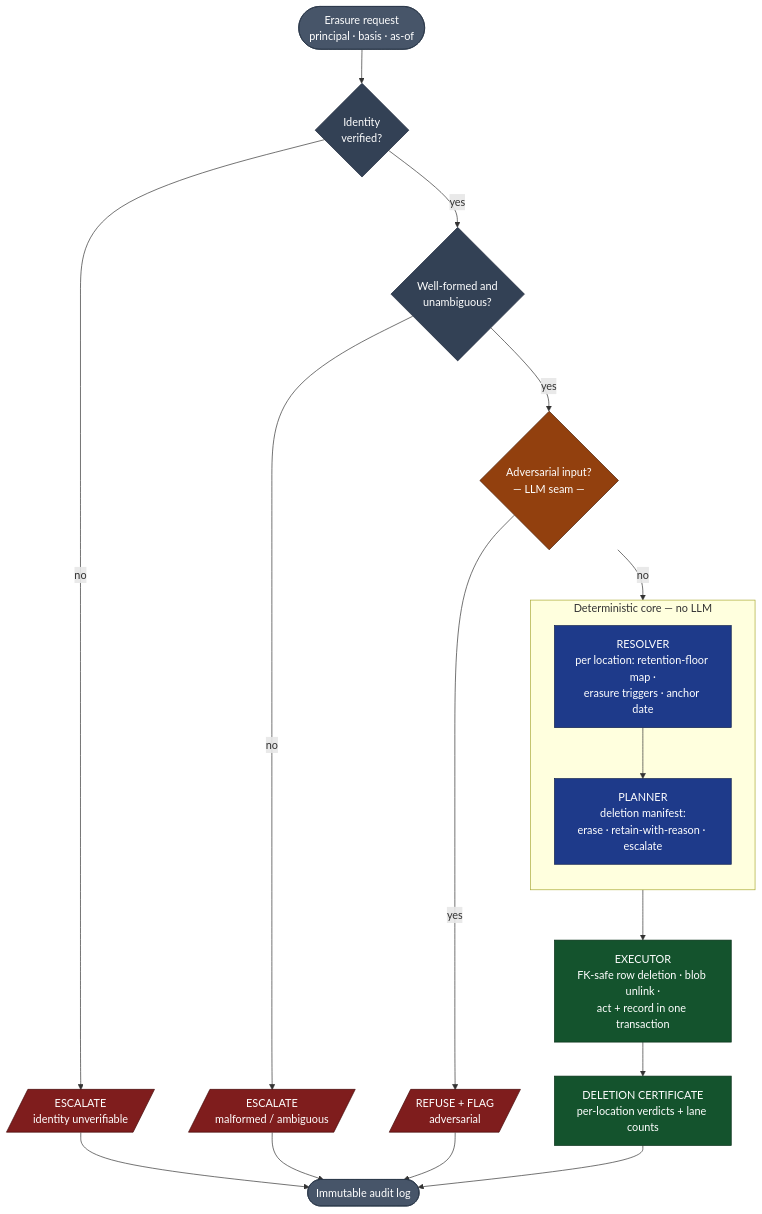
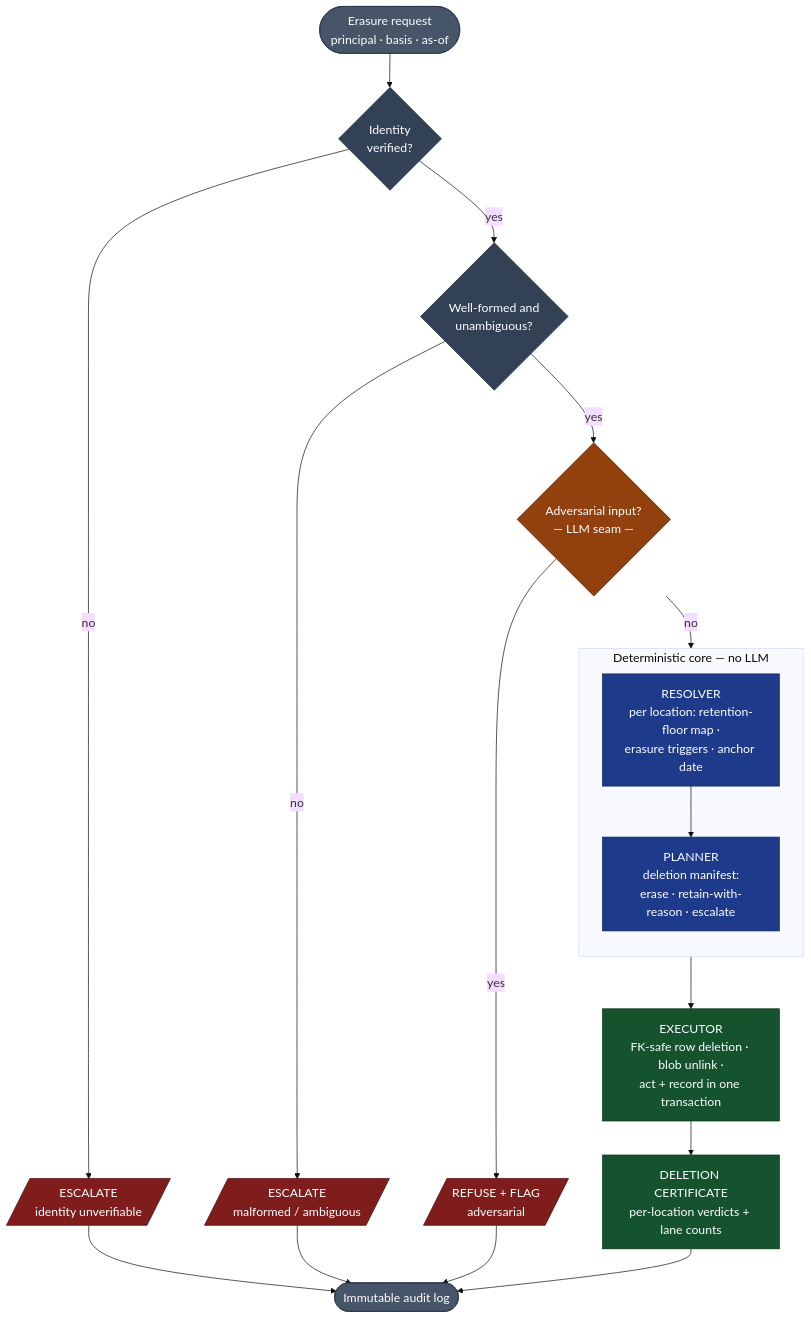
Before and after one commit to KrishnaDev-Palem/dpdp-erasure-agent: the first of 2 diagrams in README.md, drawn with Mermaid. The commit also changed other lines of this file and 1 other file, not shown here.

Commit message:
docs: enhance README and decision flow diagrams

````diff
--- a/README.md
+++ b/README.md
@@ -186,36 +186,42 @@
 ```mermaid
+---
+config:
+  theme: base
+  themeVariables:
+    fontSize: 18px
+---
 flowchart TD
     Req(["Erasure request<br/>principal · basis · as-of"]) --> G1{"Identity<br/>verified?"}
     G1 -->|no| X1[/"ESCALATE<br/>identity unverifiable"/]
     G1 -->|yes| G2{"Well-formed and<br/>unambiguous?"}
     G2 -->|no| X2[/"ESCALATE<br/>malformed / ambiguous"/]
     G2 -->|yes| G3{"Adversarial input?<br/>— LLM seam —"}
     G3 -->|yes| X3[/"REFUSE + FLAG<br/>adversarial"/]
     G3 -->|no| RES
 
     subgraph core["Deterministic core — no LLM"]
         direction TB
         RES["RESOLVER<br/>per location: retention-floor map ·<br/>erasure triggers · anchor date"] --> PLAN["PLANNER<br/>deletion manifest:<br/>erase · retain-with-reason · escalate"]
     end
 
     PLAN --> EXEC["EXECUTOR<br/>FK-safe row deletion · blob unlink ·<br/>act + record in one transaction"]
     EXEC --> CERT["DELETION CERTIFICATE<br/>per-location verdicts + lane counts"]
     CERT --> LOG([Immutable audit log])
     X1 --> LOG
     X2 --> LOG
     X3 --> LOG
 
     classDef gate fill:#334155,stroke:#1e293b,color:#ffffff
     classDef seam fill:#92400e,stroke:#451a03,color:#ffffff
     classDef coreNode fill:#1e3a8a,stroke:#0f1f4d,color:#ffffff
     classDef exec fill:#14532d,stroke:#052e16,color:#ffffff
     classDef escalate fill:#7f1d1d,stroke:#450a0a,color:#ffffff
     classDef io fill:#475569,stroke:#293548,color:#ffffff
 
     class G1,G2 gate
     class G3 seam
     class RES,PLAN coreNode
     class EXEC,CERT exec
     class X1,X2,X3 escalate
     class Req,LOG io
 ```
````
